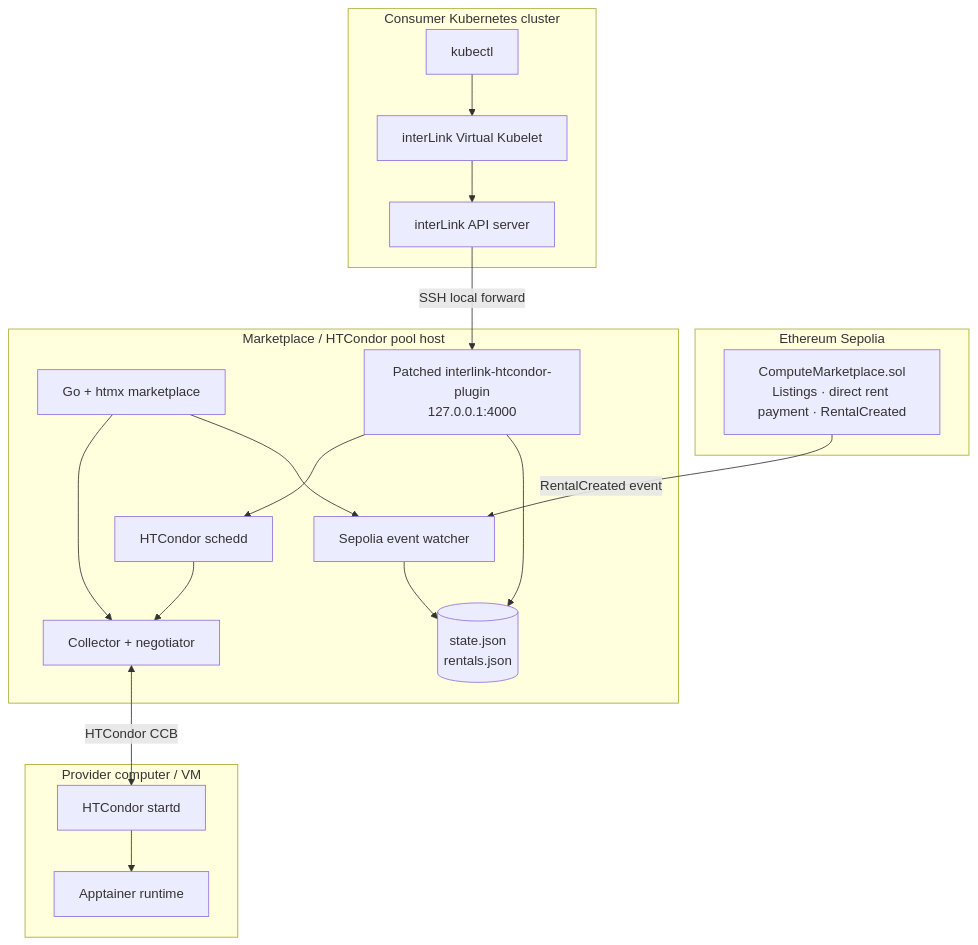
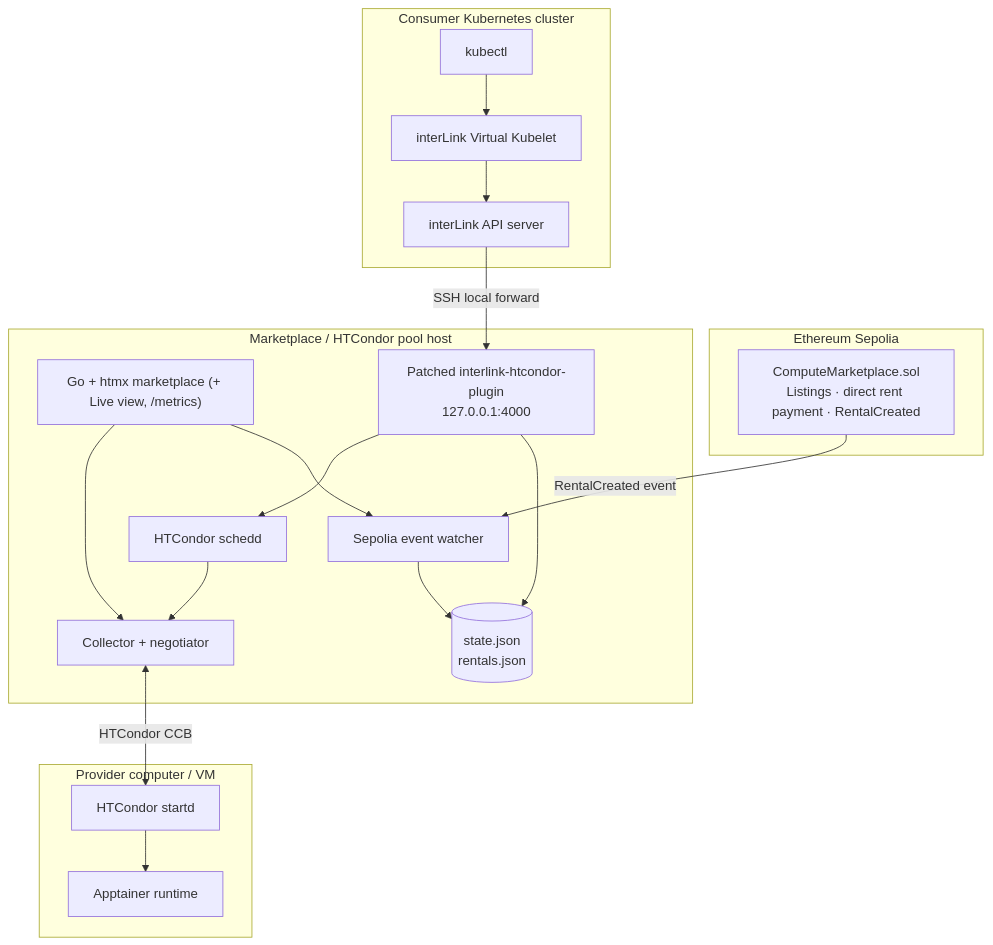
Before and after one commit to Megaguy32/hackathon-w3node-2026---web3-rent-computers: the diagram in marketplace-v2/README.md, drawn with Mermaid. The commit also changed other lines of this file and 6 other files, not shown here.

````diff
--- a/marketplace-v2/README.md
+++ b/marketplace-v2/README.md
@@ -11,34 +11,34 @@
 ```mermaid
 flowchart TB
   subgraph Chain["Ethereum Sepolia"]
     Contract["ComputeMarketplace.sol\nListings · direct rent payment · RentalCreated"]
   end
   subgraph Host["Marketplace / HTCondor pool host"]
-    UI["Go + htmx marketplace"]
+    UI["Go + htmx marketplace (+ Live view, /metrics)"]
     Watcher["Sepolia event watcher"]
     State[("state.json\nrentals.json")]
     Plugin["Patched interlink-htcondor-plugin\n127.0.0.1:4000"]
     Schedd["HTCondor schedd"]
     CM["Collector + negotiator"]
     UI --> Watcher
     Watcher --> State
     Plugin --> State
     Plugin --> Schedd
     Schedd --> CM
     UI --> CM
   end
   subgraph Consumer["Consumer Kubernetes cluster"]
     Kubectl["kubectl"]
     VK["interLink Virtual Kubelet"]
     API["interLink API server"]
     Kubectl --> VK --> API
   end
   subgraph Provider["Provider computer / VM"]
     Startd["HTCondor startd"]
     Apptainer["Apptainer runtime"]
     Startd --> Apptainer
   end
   Contract -->|"RentalCreated event"| Watcher
   API -->|"SSH local forward"| Plugin
   CM <-->|"HTCondor CCB"| Startd
 ```
````
